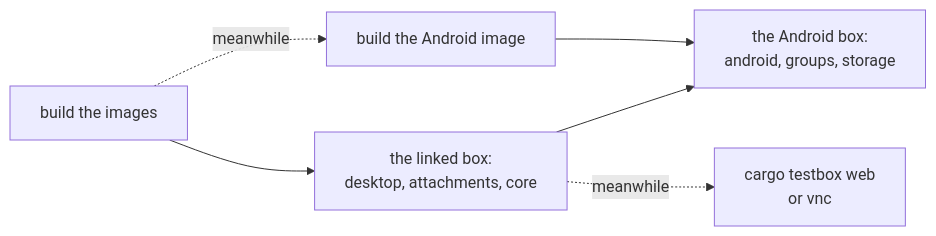
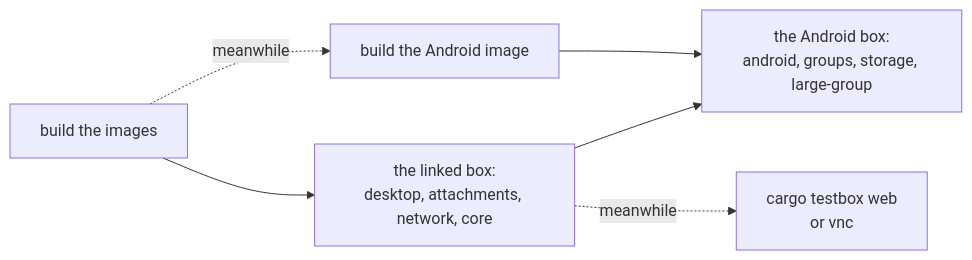
One commit to barafael/beep changed the third of 3 diagrams in testbox/README.md. Above: the diagram before and after it, drawn with Mermaid. The commit also changed other lines of this file and 20 other files, not shown here.

````diff
--- a/testbox/README.md
+++ b/testbox/README.md
@@ -100,8 +100,8 @@
 ```mermaid
 flowchart LR
-    build["build the images"] --> linked["the linked box:<br/>desktop, attachments, core"]
+    build["build the images"] --> linked["the linked box:<br/>desktop, attachments, network, core"]
     build -. "meanwhile" .-> image["build the Android image"]
-    linked --> android["the Android box:<br/>android, groups, storage"]
+    linked --> android["the Android box:<br/>android, groups, storage, large-group"]
     image --> android
     linked -. "meanwhile" .-> watch["cargo testbox web<br/>or vnc"]
 ```
````
